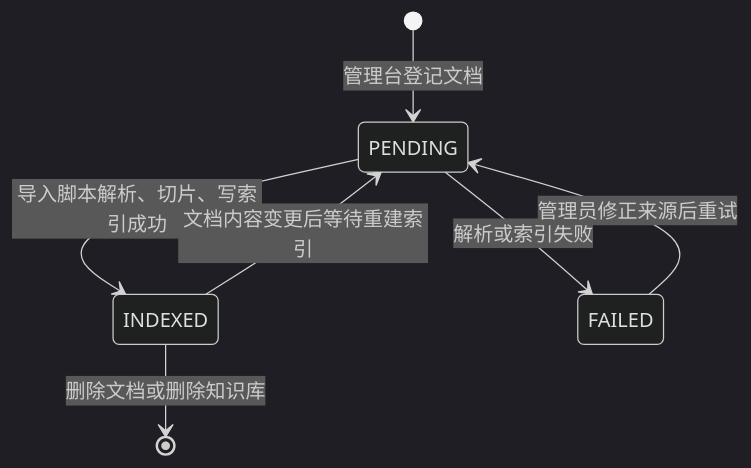
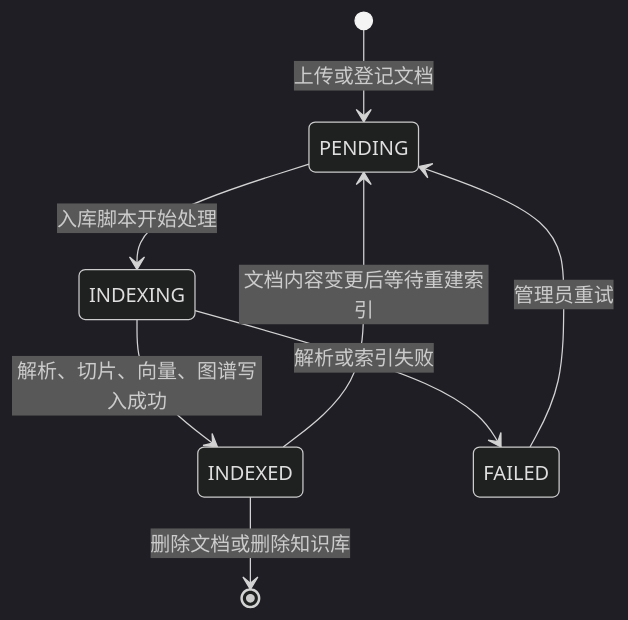
One commit to CarlosYonng/ai-agent-portfolio changed the fifth of 6 diagrams in docs/KB_OPERATION_FLOW.md. Above: the diagram before and after it, drawn with Mermaid (dark theme). The commit also changed other lines of this file and 9 other files, not shown here.

````diff
--- a/docs/KB_OPERATION_FLOW.md
+++ b/docs/KB_OPERATION_FLOW.md
@@ -128,9 +119,10 @@
 ```mermaid
 stateDiagram-v2
-    [*] --> PENDING: 管理台登记文档
-    PENDING --> INDEXED: 导入脚本解析、切片、写索引成功
-    PENDING --> FAILED: 解析或索引失败
-    FAILED --> PENDING: 管理员修正来源后重试
+    [*] --> PENDING: 上传或登记文档
+    PENDING --> INDEXING: 入库脚本开始处理
+    INDEXING --> INDEXED: 解析、切片、向量、图谱写入成功
+    INDEXING --> FAILED: 解析或索引失败
+    FAILED --> PENDING: 管理员重试
     INDEXED --> PENDING: 文档内容变更后等待重建索引
     INDEXED --> [*]: 删除文档或删除知识库
 ```
````
